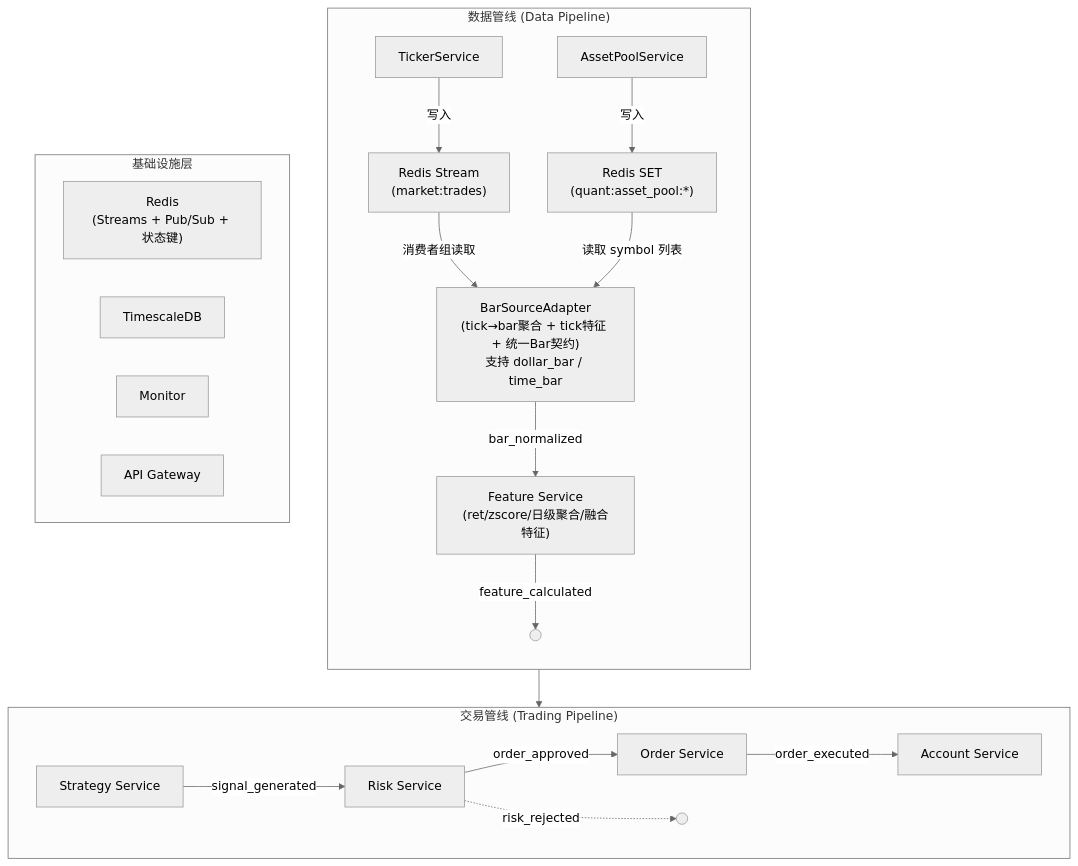
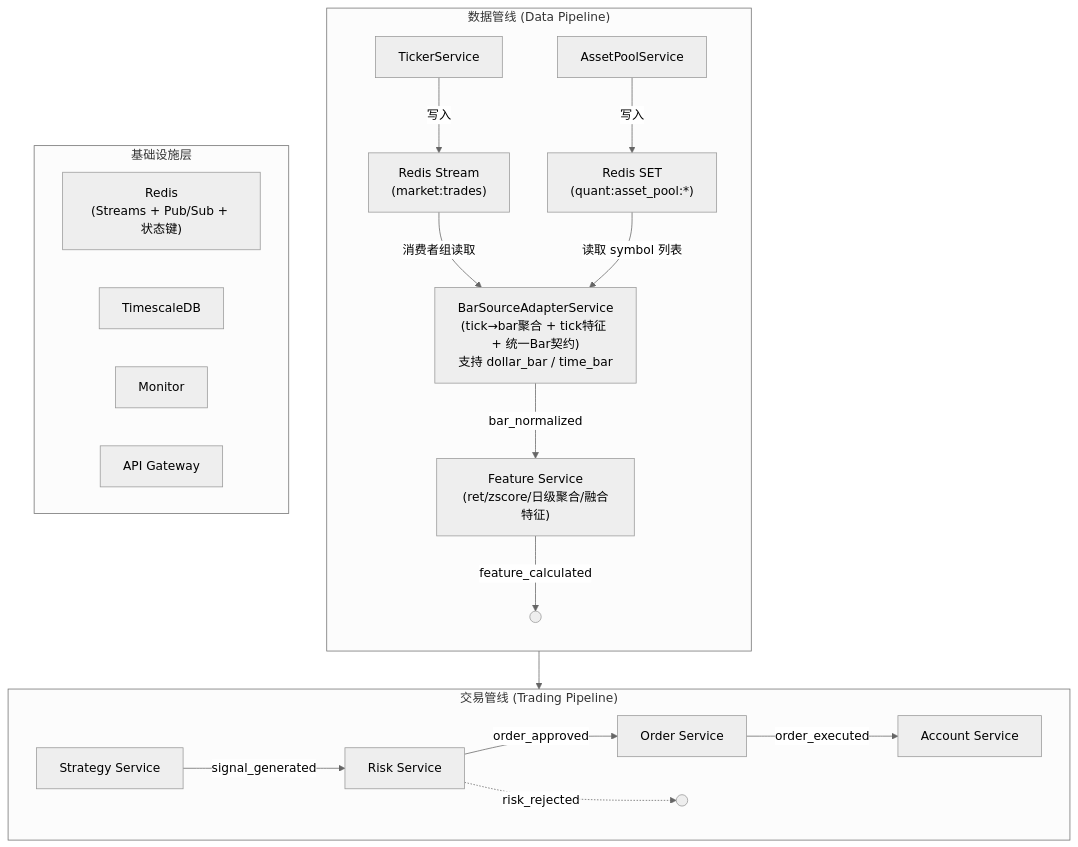
The first of 5 diagrams in content/architecture/index.md (DragonQuantt/docs), drawn with Mermaid (neutral theme) before and after one commit. The commit also changed other lines of this file and 3 other files, not shown here.

Commit message:
BarSourceAdapter->BarSourceAdapterService

````diff
--- a/content/architecture/index.md
+++ b/content/architecture/index.md
@@ -36,29 +36,29 @@
 ```mermaid
 flowchart TD
     subgraph dataPipeline ["数据管线 (Data Pipeline)"]
         direction TB
         TickerSvc["TickerService"] -->|"写入"| RedisStream["Redis Stream\n(market:trades)"]
         AssetPoolSvc["AssetPoolService"] -->|"写入"| RedisSet["Redis SET\n(quant:asset_pool:*)"]
-        RedisStream -->|"消费者组读取"| BarAdapter["BarSourceAdapter\n(tick→bar聚合 + tick特征 + 统一Bar契约)\n支持 dollar_bar / time_bar"]
+        RedisStream -->|"消费者组读取"| BarAdapter["BarSourceAdapterService\n(tick→bar聚合 + tick特征 + 统一Bar契约)\n支持 dollar_bar / time_bar"]
         RedisSet -->|"读取 symbol 列表"| BarAdapter
         BarAdapter -->|bar_normalized| FeatureService["Feature Service\n(ret/zscore/日级聚合/融合特征)"]
         FeatureService -->|feature_calculated| outputData((" "))
     end
 
     subgraph tradingPipeline ["交易管线 (Trading Pipeline)"]
         direction LR
         StrategyService["Strategy Service"] -->|signal_generated| RiskService["Risk Service"]
         RiskService -->|order_approved| OrderService["Order Service"]
         RiskService -.->|risk_rejected| AlertPath((" "))
         OrderService -->|order_executed| AccountService["Account Service"]
     end
 
     subgraph infra ["基础设施层"]
         Redis["Redis\n(Streams + Pub/Sub + 状态键)"]
         TimescaleDB["TimescaleDB"]
         Monitor["Monitor"]
         APIGateway["API Gateway"]
     end
 
     outputData --> StrategyService
 ```
````
